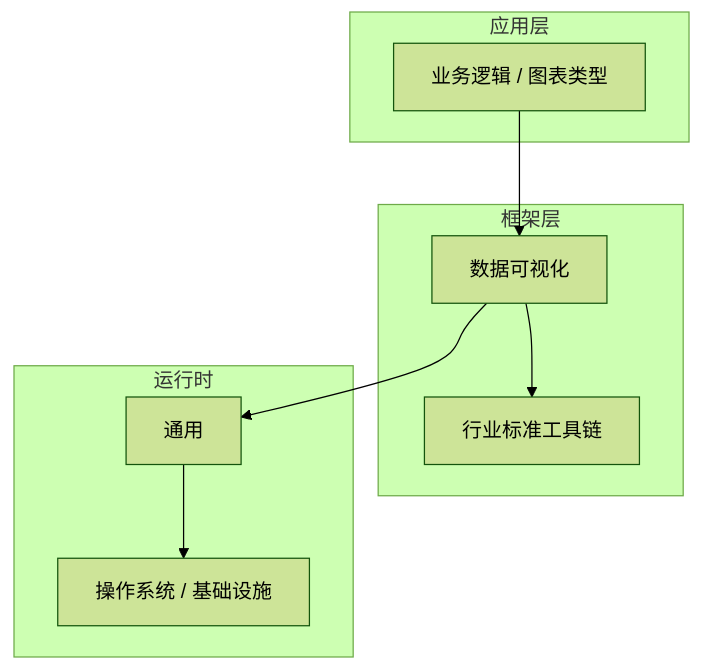
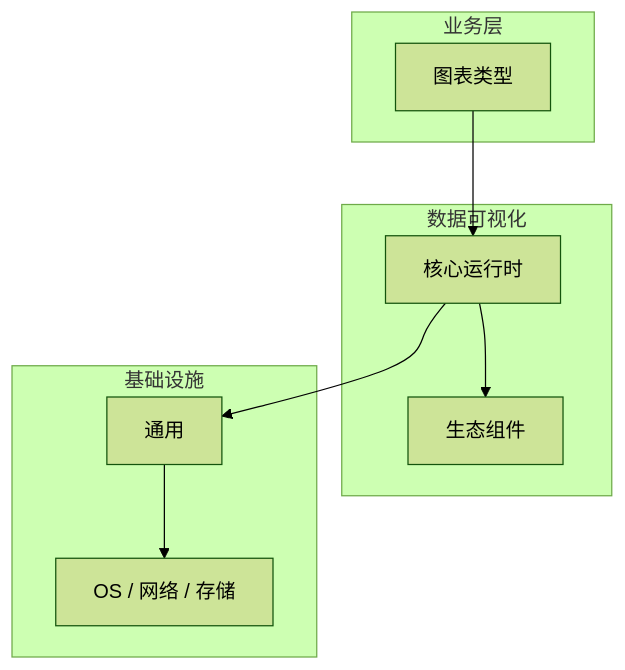
One commit to yanggan2015/knowledge-json-v2 changed the diagram in articles/数据可视化/chapters/009-图表类型核心概念与原理.md. Above: the diagram before and after it, drawn with Mermaid (forest theme). The commit also changed other lines of this file and 10127 other files, not shown here.

````diff
--- a/articles/数据可视化/chapters/009-图表类型核心概念与原理.md
+++ b/articles/数据可视化/chapters/009-图表类型核心概念与原理.md
@@ -45,18 +34,18 @@
 ```mermaid
 graph TB
-    subgraph 应用层
-        A[业务逻辑 / 图表类型]
+    subgraph 业务层
+        A[图表类型]
     end
-    subgraph 框架层
-        B[数据可视化]
-        C[行业标准工具链]
+    subgraph 数据可视化
+        B[核心运行时]
+        C[生态组件]
     end
-    subgraph 运行时
+    subgraph 基础设施
         D[通用]
-        E[操作系统 / 基础设施]
+        E[OS / 网络 / 存储]
     end
     A --> B
     B --> C
     B --> D
     D --> E
 ```
````
